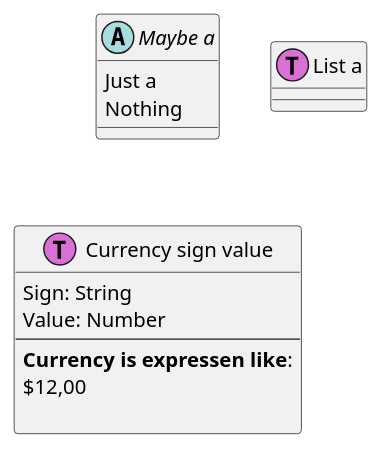
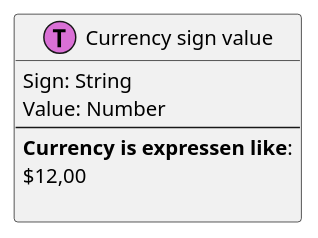
Before and after one commit to Baudin999/car-lang: the diagram in Examples/.out/Prelude/Prelude.puml, drawn with PlantUML. The commit also changed 18 other files, not shown here.

```diff
--- a/Examples/.out/Prelude/Prelude.puml
+++ b/Examples/.out/Prelude/Prelude.puml
@@ -1,14 +1,8 @@
-abstract "Maybe a" as Maybe {
-	Just a
-	Nothing 
-}
-class "List a" as List << (T,orchid) >> {
-}
 class "Currency sign value" as Currency << (T,orchid) >> {
 	Sign: String 
 	Value: Number 
 --
   <b>Currency is expressen like</b>:
  $12,00
     
 }
```
